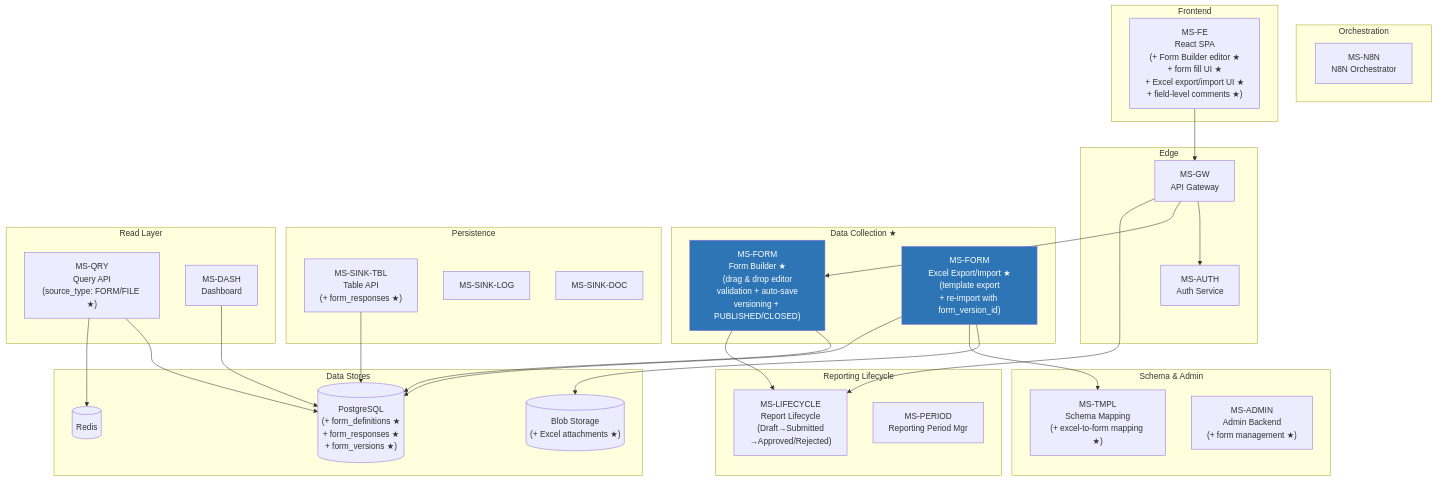
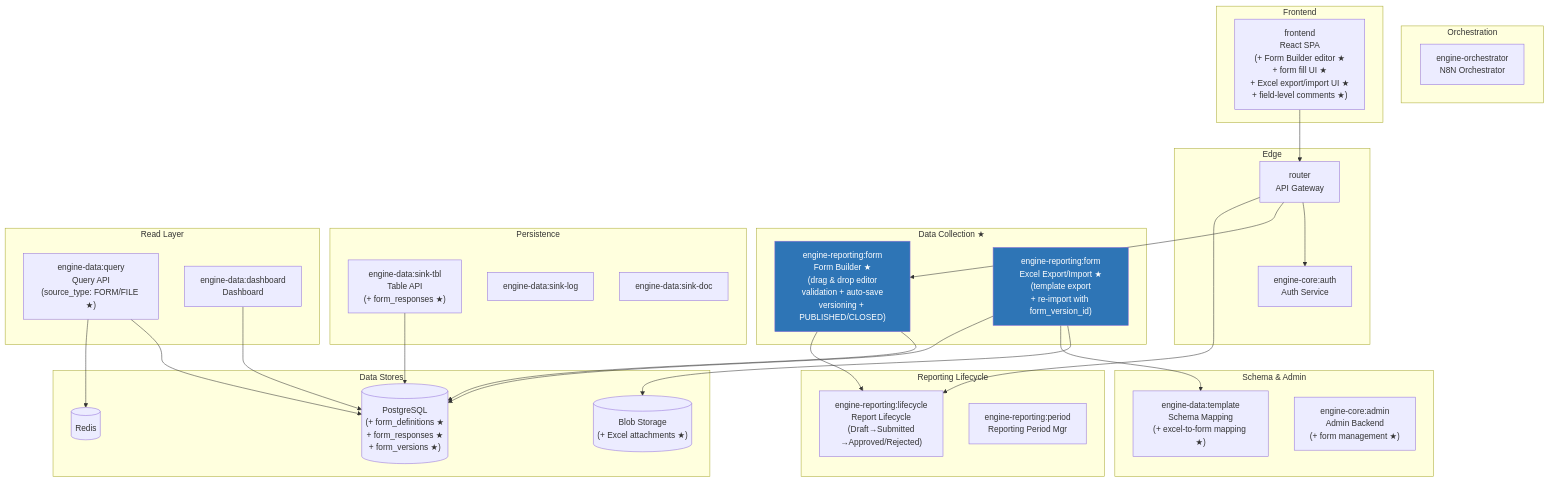
The fifth of 10 diagrams in docs/documents/architecture_diagrams.md (JanBartyzal/ReportAutomatization), drawn with Mermaid before and after one commit. The commit also changed other lines of this file and 149 other files, not shown here.

````diff
--- a/docs/documents/architecture_diagrams.md
+++ b/docs/documents/architecture_diagrams.md
@@ -352,64 +352,64 @@
 ```mermaid
 graph TB
     subgraph "Edge"
-        GW["MS-GW\nAPI Gateway"]
-        AUTH["MS-AUTH\nAuth Service"]
+        GW["router\nAPI Gateway"]
+        AUTH["engine-core:auth\nAuth Service"]
     end
 
     subgraph "Data Collection ★"
-        FORM["MS-FORM\nForm Builder ★\n(drag & drop editor\nvalidation + auto-save\nversioning + PUBLISHED/CLOSED)"]
-        FORMXLS["MS-FORM\nExcel Export/Import ★\n(template export\n+ re-import with form_version_id)"]
+        FORM["engine-reporting:form\nForm Builder ★\n(drag & drop editor\nvalidation + auto-save\nversioning + PUBLISHED/CLOSED)"]
+        FORMXLS["engine-reporting:form\nExcel Export/Import ★\n(template export\n+ re-import with form_version_id)"]
     end
 
     subgraph "Reporting Lifecycle"
-        LIFE["MS-LIFECYCLE\nReport Lifecycle\n(Draft→Submitted\n→Approved/Rejected)"]
-        PERIOD["MS-PERIOD\nReporting Period Mgr"]
+        LIFE["engine-reporting:lifecycle\nReport Lifecycle\n(Draft→Submitted\n→Approved/Rejected)"]
+        PERIOD["engine-reporting:period\nReporting Period Mgr"]
     end
 
     subgraph "Orchestration"
-        N8N["MS-N8N\nN8N Orchestrator"]
+        N8N["engine-orchestrator\nN8N Orchestrator"]
     end
 
     subgraph "Schema & Admin"
-        TMPL["MS-TMPL\nSchema Mapping\n(+ excel-to-form mapping ★)"]
-        ADMIN["MS-ADMIN\nAdmin Backend\n(+ form management ★)"]
+        TMPL["engine-data:template\nSchema Mapping\n(+ excel-to-form mapping ★)"]
+        ADMIN["engine-core:admin\nAdmin Backend\n(+ form management ★)"]
     end
 
     subgraph "Persistence"
-        SINKTBL["MS-SINK-TBL\nTable API\n(+ form_responses ★)"]
-        SINKLOG["MS-SINK-LOG"]
-        SINKDOC["MS-SINK-DOC"]
+        SINKTBL["engine-data:sink-tbl\nTable API\n(+ form_responses ★)"]
+        SINKLOG["engine-data:sink-log"]
+        SINKDOC["engine-data:sink-doc"]
     end
 
     subgraph "Read Layer"
-        QRY["MS-QRY\nQuery API\n(source_type: FORM/FILE ★)"]
-        DASH["MS-DASH\nDashboard"]
+        QRY["engine-data:query\nQuery API\n(source_type: FORM/FILE ★)"]
+        DASH["engine-data:dashboard\nDashboard"]
     end
 
     subgraph "Data Stores"
         PG[("PostgreSQL\n(+ form_definitions ★\n+ form_responses ★\n+ form_versions ★)")]
         BLOB[("Blob Storage\n(+ Excel attachments ★)")]
         REDIS[("Redis")]
     end
 
     subgraph "Frontend"
-        FE["MS-FE\nReact SPA\n(+ Form Builder editor ★\n+ form fill UI ★\n+ Excel export/import UI ★\n+ field-level comments ★)"]
+        FE["frontend\nReact SPA\n(+ Form Builder editor ★\n+ form fill UI ★\n+ Excel export/import UI ★\n+ field-level comments ★)"]
     end
 
     FE --> GW
     GW --> AUTH
     GW --> FORM
     GW --> LIFE
     FORM --> PG
     FORM --> LIFE
     FORMXLS --> BLOB
     FORMXLS --> TMPL
     FORMXLS --> PG
     SINKTBL --> PG
     QRY --> PG
     QRY --> REDIS
     DASH --> PG
 
     style FORM fill:#2E75B6,color:#fff
     style FORMXLS fill:#2E75B6,color:#fff
 ```
````
